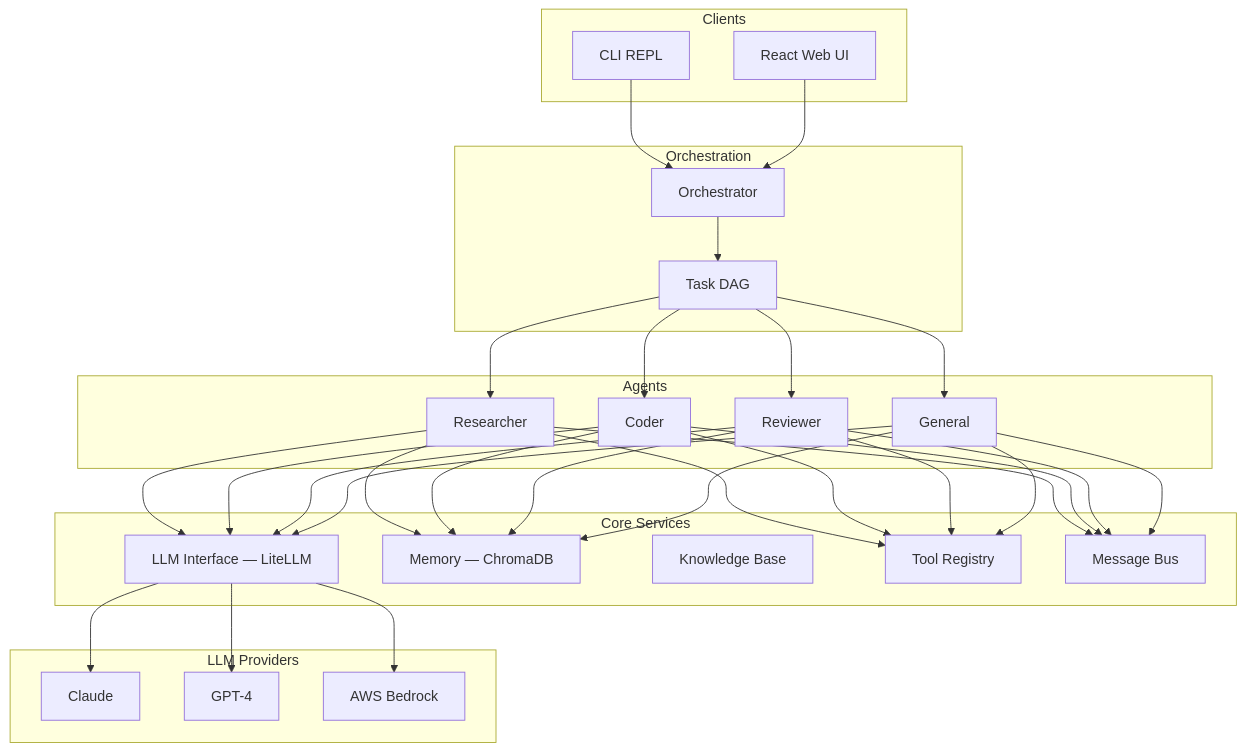
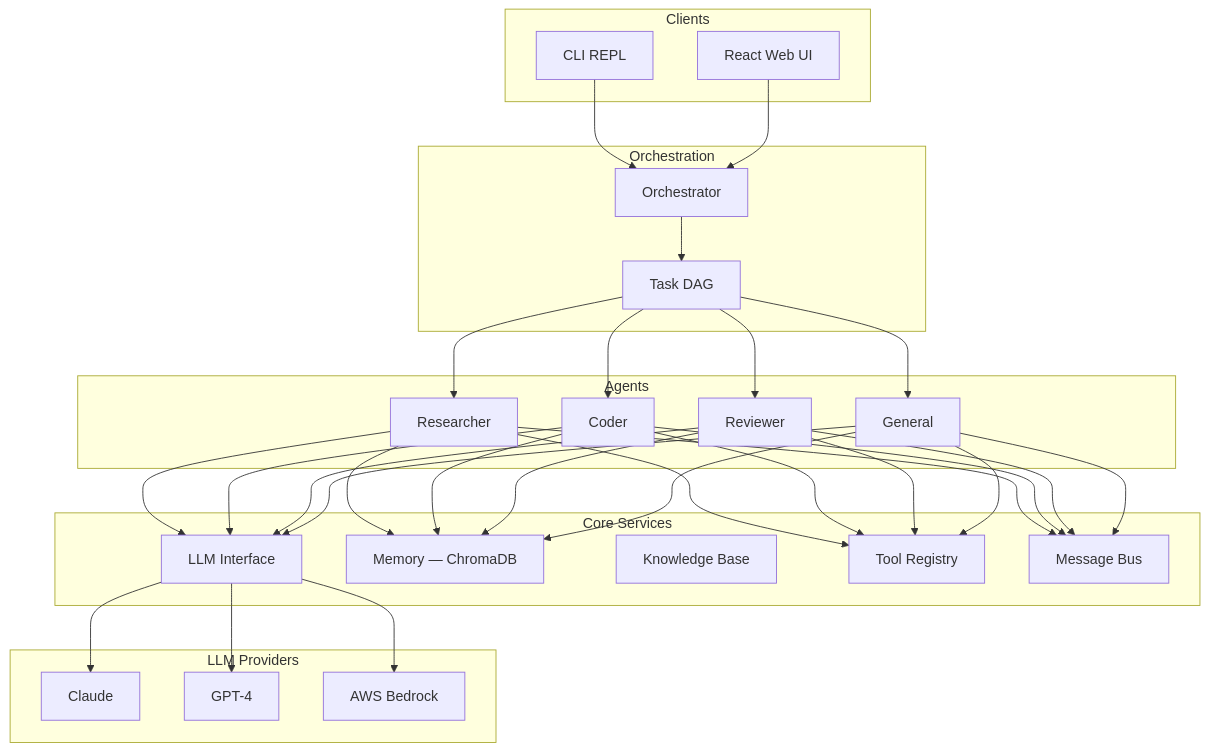
The diagram in README.md (davidecampman/Cadence), drawn with Mermaid before and after one commit. The commit also changed other lines of this file, not shown here.

Commit message:
Update README to reflect LiteLLM removal
Replace LiteLLM references with Anthropic SDK + OpenAI SDK to match
the recent dependency change in main.

https://claude.ai/code/session_014VxXjpPJLaENtnLPU6Cd77

````diff
--- a/README.md
+++ b/README.md
@@ -9,39 +9,39 @@
 ```mermaid
 graph TB
     subgraph Clients
         CLI[CLI REPL]
         WebUI[React Web UI]
     end
 
     subgraph Orchestration
         Orch[Orchestrator]
         DAG[Task DAG]
     end
 
     subgraph Agents
         A1[Researcher]
         A2[Coder]
         A3[Reviewer]
         A4[General]
     end
 
     subgraph Core Services
-        LLM[LLM Interface — LiteLLM]
+        LLM[LLM Interface]
         Memory[Memory — ChromaDB]
         KB[Knowledge Base]
         Tools[Tool Registry]
         Bus[Message Bus]
     end
 
     subgraph LLM Providers
         Claude[Claude]
         GPT[GPT-4]
         Bedrock[AWS Bedrock]
     end
 
     CLI & WebUI --> Orch
     Orch --> DAG
     DAG --> A1 & A2 & A3 & A4
     A1 & A2 & A3 & A4 --> LLM & Memory & Tools & Bus
     LLM --> Claude & GPT & Bedrock
 ```
````
